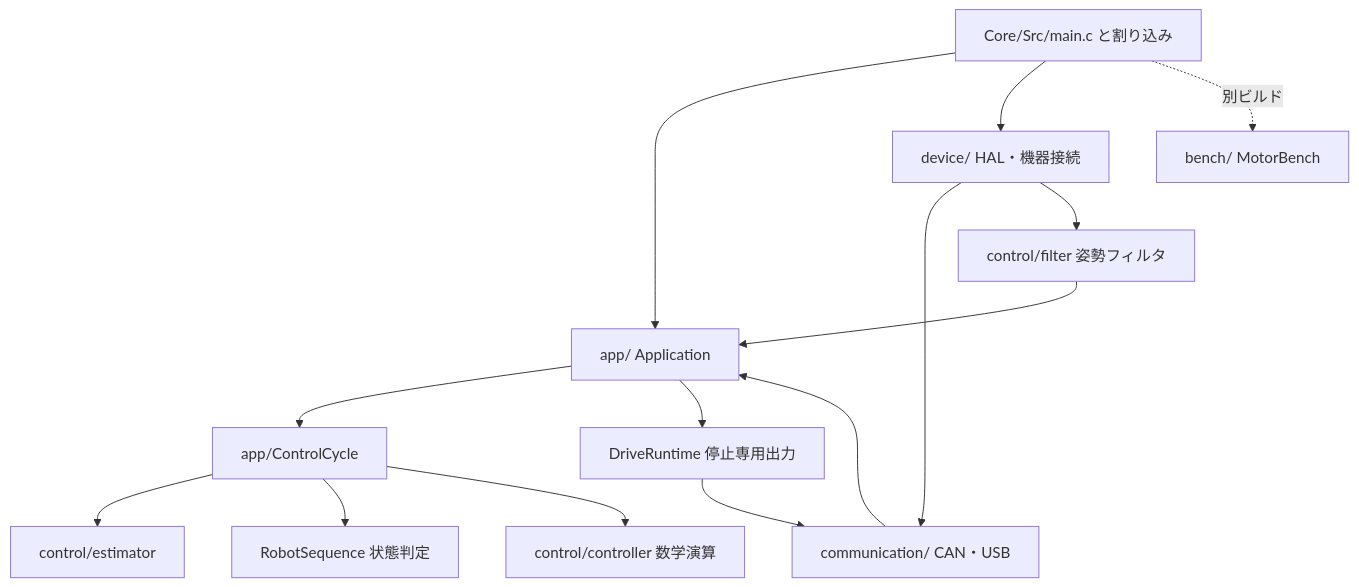
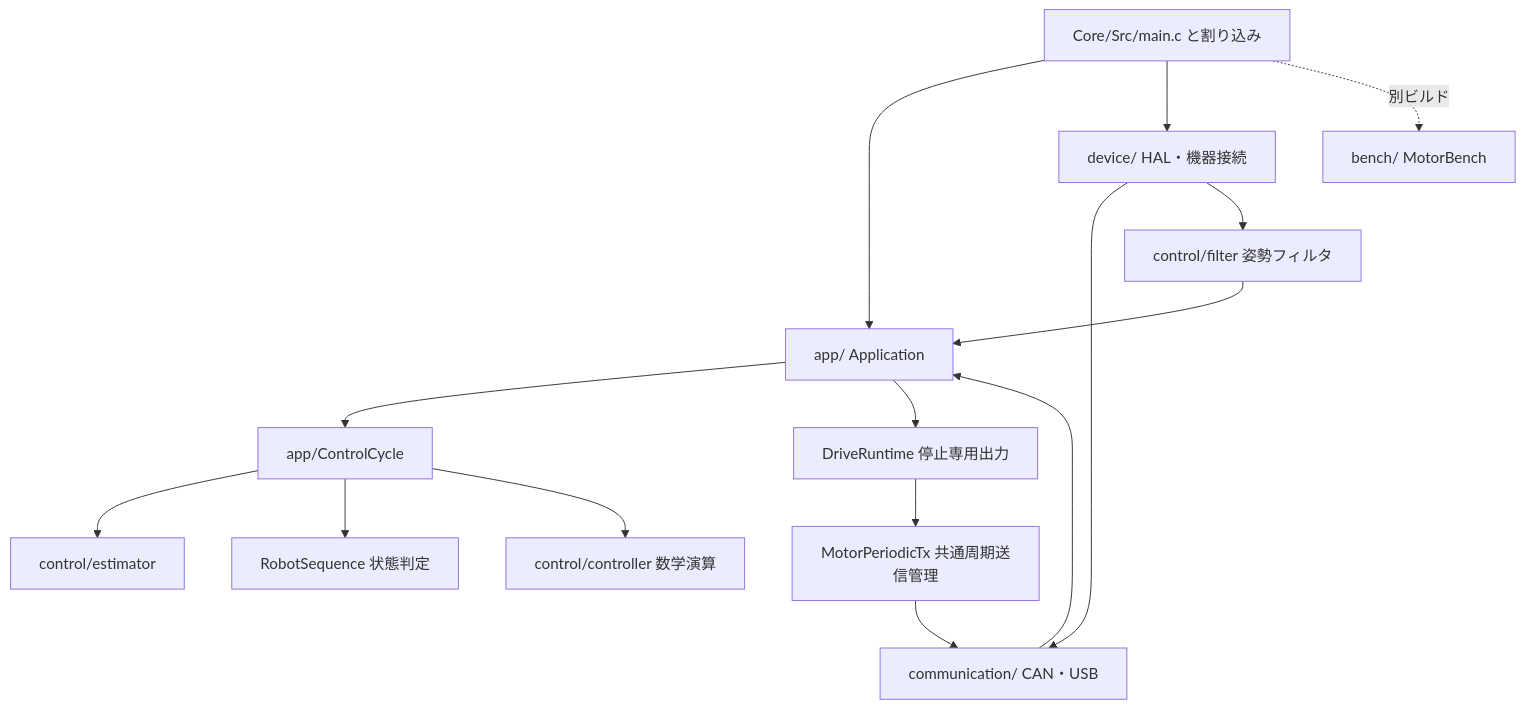
One commit to kou-pen/balancing changed the second of 2 diagrams in docs/architecture.md. Above: the diagram before and after it, drawn with Mermaid. The commit also changed other lines of this file and 14 other files, not shown here.

```diff
--- a/docs/architecture.md
+++ b/docs/architecture.md
@@ -21,16 +21,17 @@
 <pre class="mermaid">
 flowchart TB
     CORE["Core/Src/main.c と割り込み"] --> APP["app/ Application"]
     CORE --> IO["device/ HAL・機器接続"]
     IO --> COMM["communication/ CAN・USB"]
     COMM --> APP
     APP --> CYCLE["app/ControlCycle"]
     CYCLE --> EST["control/estimator"]
     IO --> FILTER["control/filter 姿勢フィルタ"]
     FILTER --> APP
     CYCLE --> SEQ["RobotSequence 状態判定"]
     CYCLE --> CTRL["control/controller 数学演算"]
     APP --> DRIVE["DriveRuntime 停止専用出力"]
-    DRIVE --> COMM
+    DRIVE --> TX["MotorPeriodicTx 共通周期送信管理"]
+    TX --> COMM
     CORE -. 別ビルド .-> BENCH["bench/ MotorBench"]
 </pre>
```
